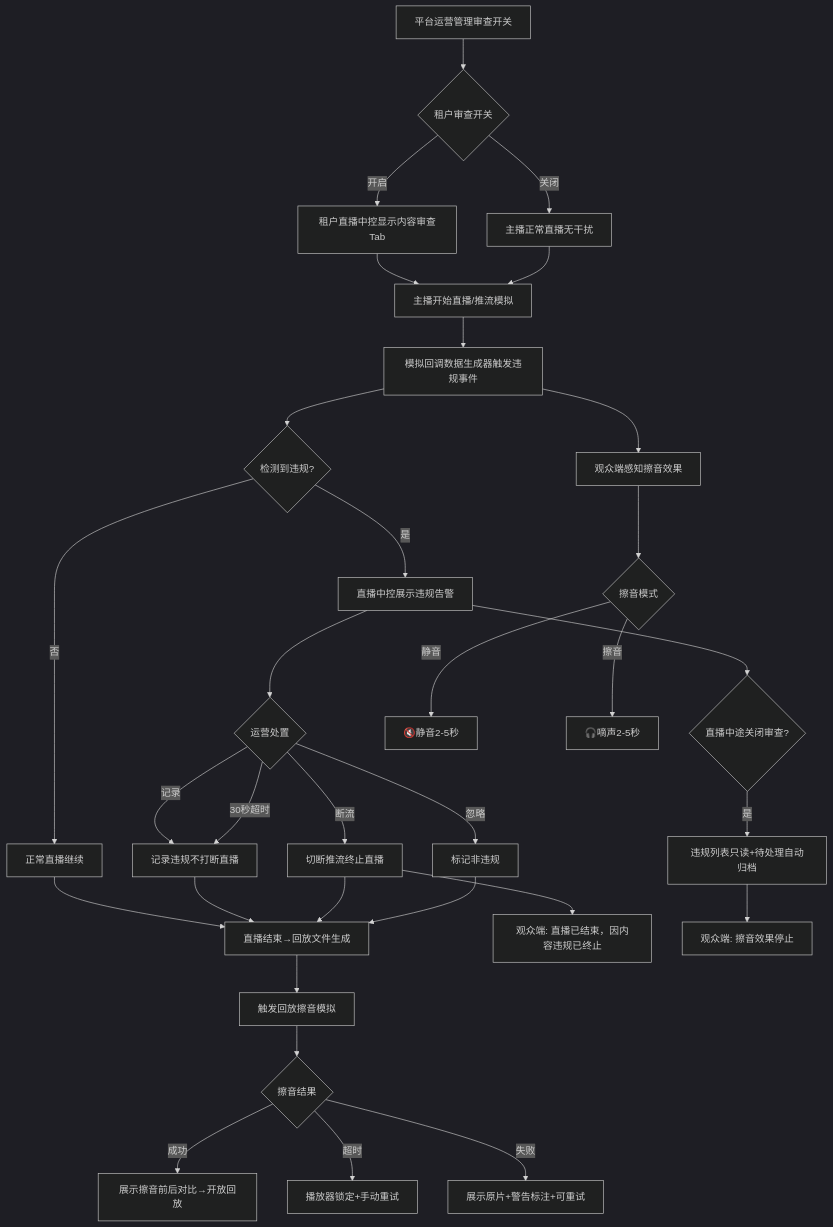
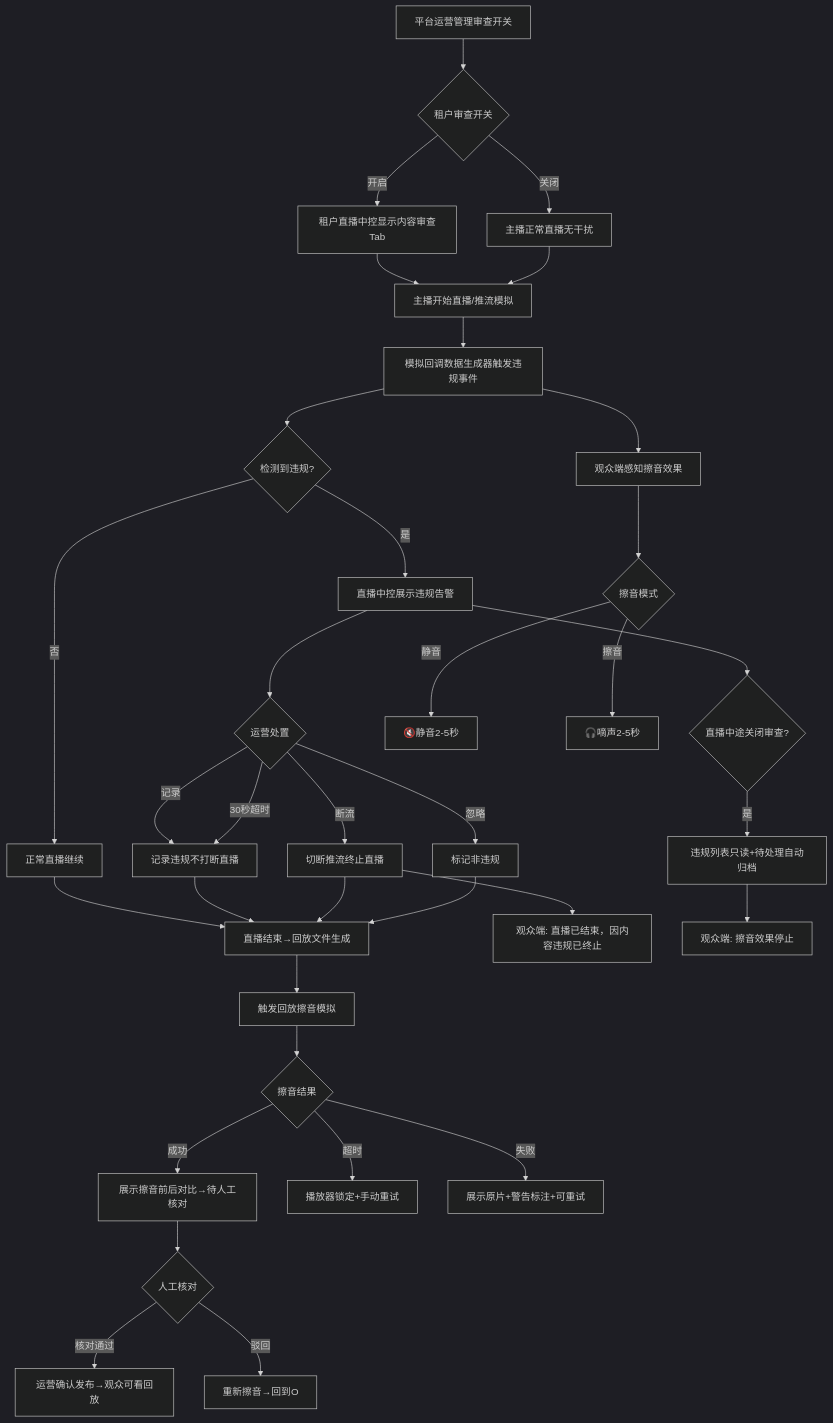
Before and after one commit to Stone1202/SAAS-APP: the first of 6 diagrams in projects/SAAS/docs/01-requirements/16-内容审查域-PRD-v1.0.0.md, drawn with Mermaid (dark theme). The commit also changed other lines of this file and 196 other files, not shown here.

````diff
--- a/projects/SAAS/docs/01-requirements/16-内容审查域-PRD-v1.0.0.md
+++ b/projects/SAAS/docs/01-requirements/16-内容审查域-PRD-v1.0.0.md
@@ -175,35 +177,38 @@
 ```mermaid
 flowchart TB
     A[平台运营管理审查开关] --> B{租户审查开关}
     B -->|开启| C[租户直播中控显示内容审查Tab]
     B -->|关闭| C2[主播正常直播无干扰]
     C --> D[主播开始直播/推流模拟]
     C2 --> D
     D --> E[模拟回调数据生成器触发违规事件]
     E --> F{检测到违规?}
     F -->|是| G[直播中控展示违规告警]
     F -->|否| H[正常直播继续]
     G --> I{运营处置}
     I -->|记录| J[记录违规不打断直播]
     I -->|断流| K[切断推流终止直播]
     I -->|忽略| L[标记非违规]
     I -->|30秒超时| J
     G --> M{直播中途关闭审查?}
     M -->|是| M2[违规列表只读+待处理自动归档]
     H --> N[直播结束→回放文件生成]
     J --> N
     K --> N
     L --> N
     N --> O[触发回放擦音模拟]
     O --> P{擦音结果}
-    P -->|成功| Q[展示擦音前后对比→开放回放]
+    P -->|成功| Q[展示擦音前后对比→待人工核对]
     P -->|超时| Q2[播放器锁定+手动重试]
     P -->|失败| Q3[展示原片+警告标注+可重试]
+    Q --> R1{人工核对}
+    R1 -->|核对通过| R2[运营确认发布→观众可看回放]
+    R1 -->|驳回| R3[重新擦音→回到O]
     
-    E --> R[观众端感知擦音效果]
-    R --> S{擦音模式}
-    S -->|静音| T[🔇静音2-5秒]
-    S -->|擦音| U[🎧嘀声2-5秒]
-    K --> V[观众端: 直播已结束，因内容违规已终止]
-    M2 --> W[观众端: 擦音效果停止]
+    E --> S[观众端感知擦音效果]
+    S --> T{擦音模式}
+    T -->|静音| U[🔇静音2-5秒]
+    T -->|擦音| V[🎧嘀声2-5秒]
+    K --> W[观众端: 直播已结束，因内容违规已终止]
+    M2 --> X[观众端: 擦音效果停止]
 ```
````
